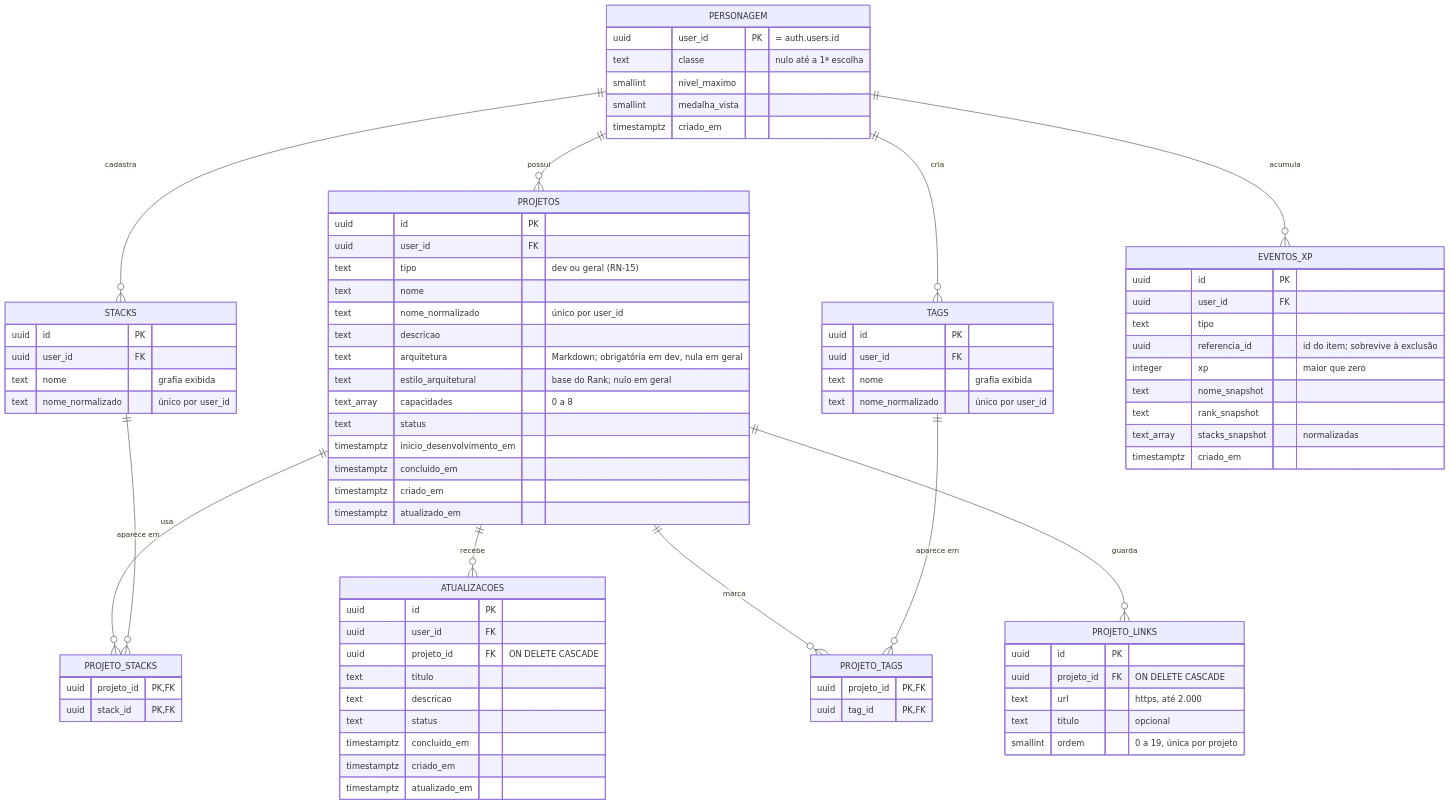
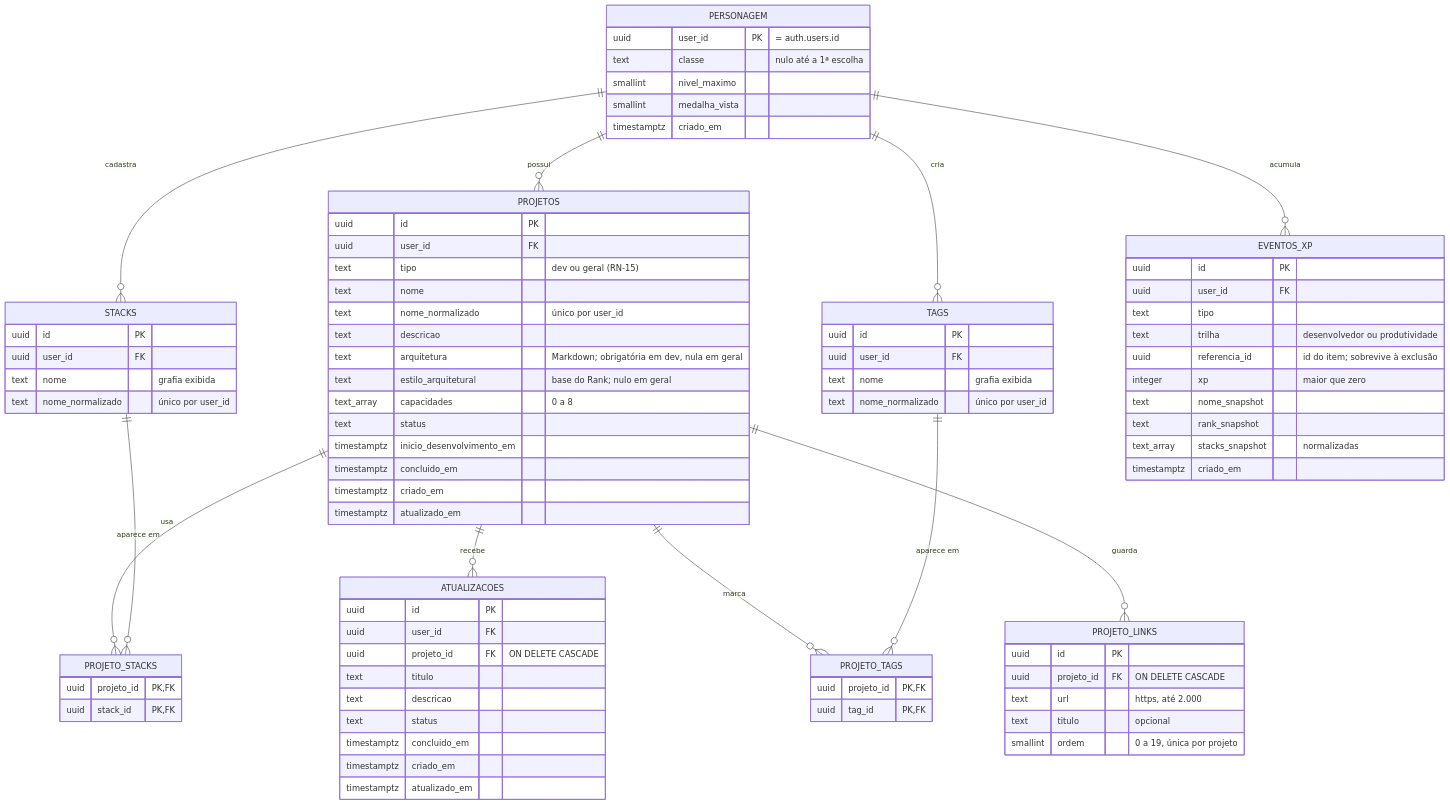
Before and after one commit to BrenoZG/gestor-projetos-rpg: the diagram in docs/modelo-de-dados.md, drawn with Mermaid. The commit also changed other lines of this file and 5 other files, not shown here.

```diff
--- a/docs/modelo-de-dados.md
+++ b/docs/modelo-de-dados.md
@@ -84,6 +84,7 @@
         uuid id PK
         uuid user_id FK
         text tipo
+        text trilha "desenvolvedor ou produtividade"
         uuid referencia_id "id do item; sobrevive à exclusão"
         integer xp "maior que zero"
         text nome_snapshot
```
